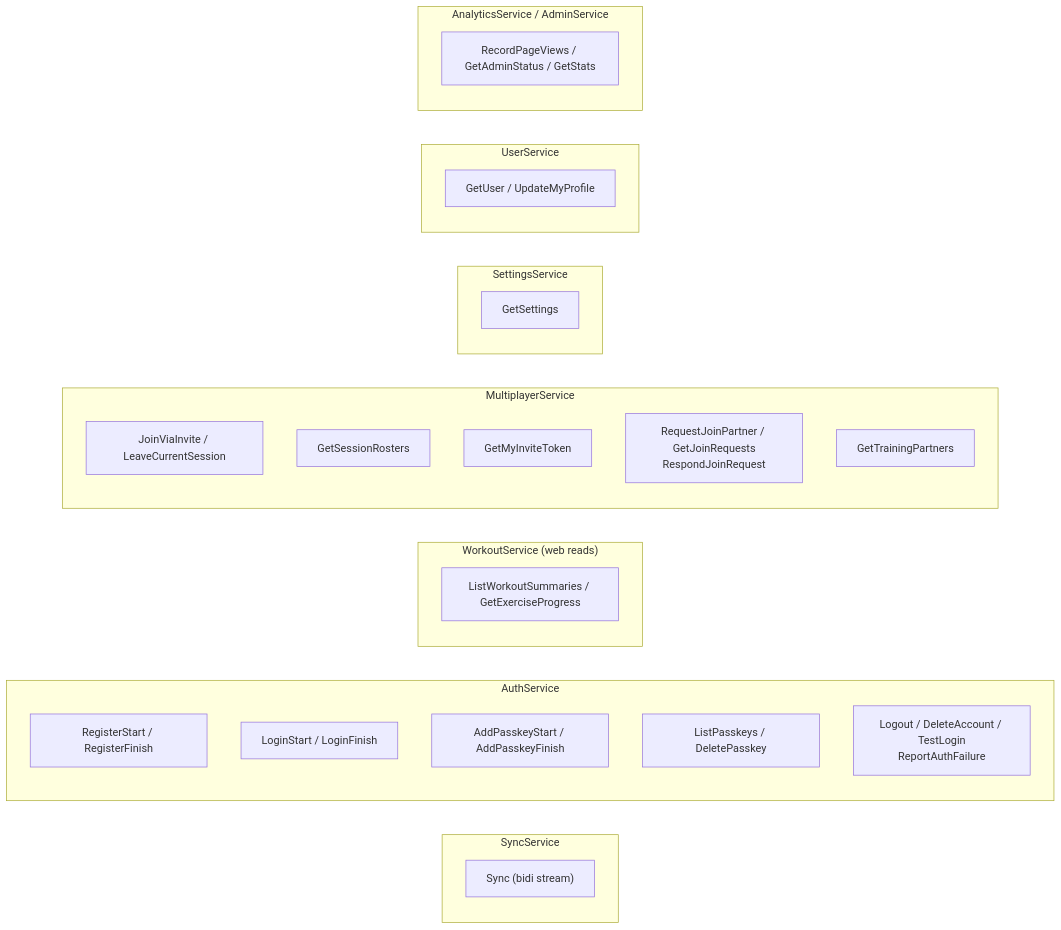
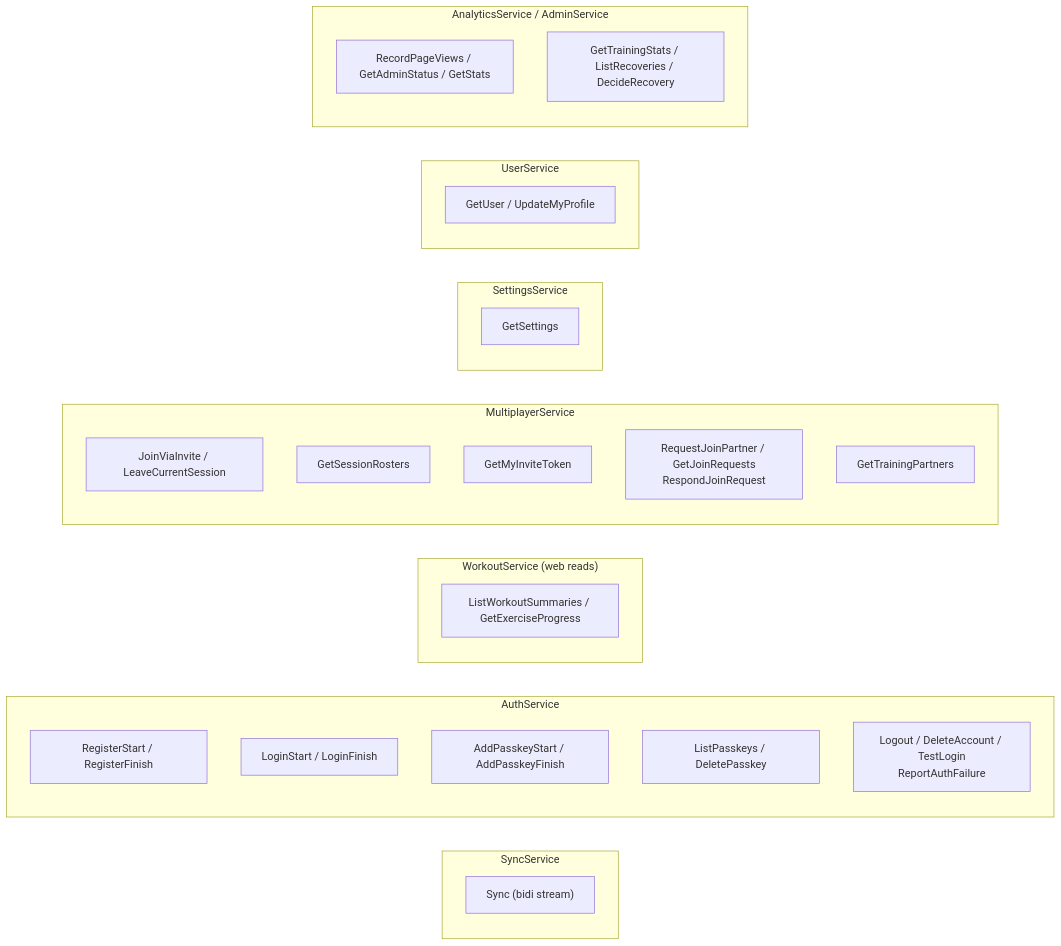
One commit to brensch/lift changed the third of 3 diagrams in docs/architecture/backend.md. Above: the diagram before and after it, drawn with Mermaid. The commit also changed other lines of this file and 56 other files, not shown here.

First line of the commit message:
Passkey recovery, sign-in fixes, admin training stats, passkeys in the debug app

````diff
--- a/docs/architecture/backend.md
+++ b/docs/architecture/backend.md
@@ -169,32 +169,33 @@
 ```mermaid
 graph LR
     subgraph "SyncService"
         y1["Sync (bidi stream)"]
     end
     subgraph "AuthService"
         a1["RegisterStart / RegisterFinish"]
         a2["LoginStart / LoginFinish"]
         a3["AddPasskeyStart / AddPasskeyFinish"]
         a4["ListPasskeys / DeletePasskey"]
         a5["Logout / DeleteAccount / TestLogin<br/>ReportAuthFailure"]
     end
     subgraph "WorkoutService (web reads)"
         w1["ListWorkoutSummaries / GetExerciseProgress"]
     end
     subgraph "MultiplayerService"
         m1["JoinViaInvite / LeaveCurrentSession"]
         m2["GetSessionRosters"]
         m3["GetMyInviteToken"]
         m4["RequestJoinPartner / GetJoinRequests<br/>RespondJoinRequest"]
         m5["GetTrainingPartners"]
     end
     subgraph "SettingsService"
         s1["GetSettings"]
     end
     subgraph "UserService"
         u1["GetUser / UpdateMyProfile"]
     end
     subgraph "AnalyticsService / AdminService"
         x1["RecordPageViews / GetAdminStatus / GetStats"]
+        x2["GetTrainingStats / ListRecoveries / DecideRecovery"]
     end
 ```
````
